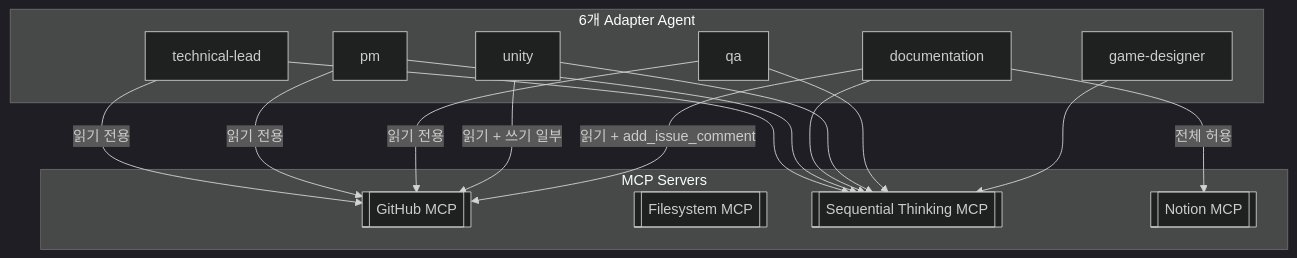
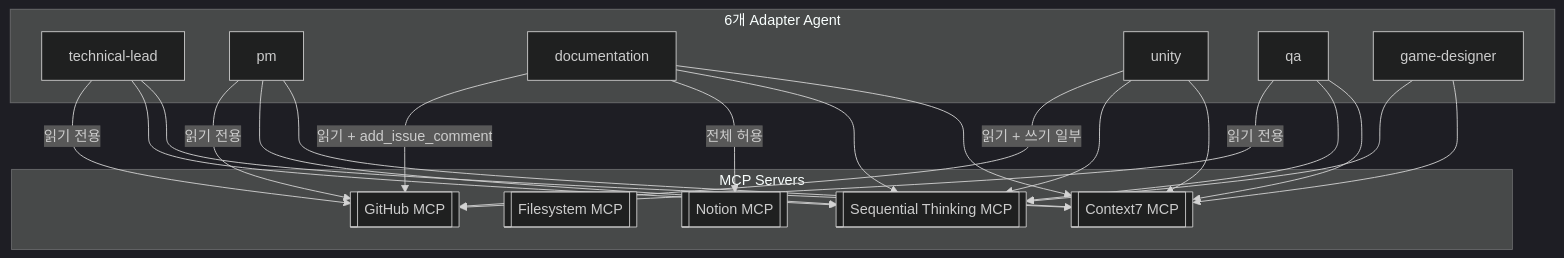
One commit to cowship/GameDev-Platform changed the diagram in docs/architecture/mcp-integration.md. Above: the diagram before and after it, drawn with Mermaid (dark theme). The commit also changed other lines of this file and 12 other files, not shown here.

First line of the commit message:
feat: Context7 MCP 전체 Agent 개방 및 MCP 자동 등록 스크립트 추가

````diff
--- a/docs/architecture/mcp-integration.md
+++ b/docs/architecture/mcp-integration.md
@@ -30,32 +30,40 @@
 ```mermaid
 flowchart TB
     subgraph Agents["6개 Adapter Agent"]
         TL[technical-lead]
         PM[pm]
         DOC[documentation]
         UNITY[unity]
         QA[qa]
         GD[game-designer]
     end
 
     subgraph Servers["MCP Servers"]
         GH[[GitHub MCP]]
         FS[[Filesystem MCP]]
         ST[[Sequential Thinking MCP]]
         NO[[Notion MCP]]
+        CTX[[Context7 MCP]]
     end
 
     TL -->|읽기 전용| GH
     PM -->|읽기 전용| GH
     QA -->|읽기 전용| GH
     UNITY -->|읽기 + 쓰기 일부| GH
     DOC -->|읽기 + add_issue_comment| GH
     DOC -->|전체 허용| NO
 
     TL --> ST
     PM --> ST
     DOC --> ST
     UNITY --> ST
     QA --> ST
     GD --> ST
+
+    TL --> CTX
+    PM --> CTX
+    DOC --> CTX
+    UNITY --> CTX
+    QA --> CTX
+    GD --> CTX
 ```
````
